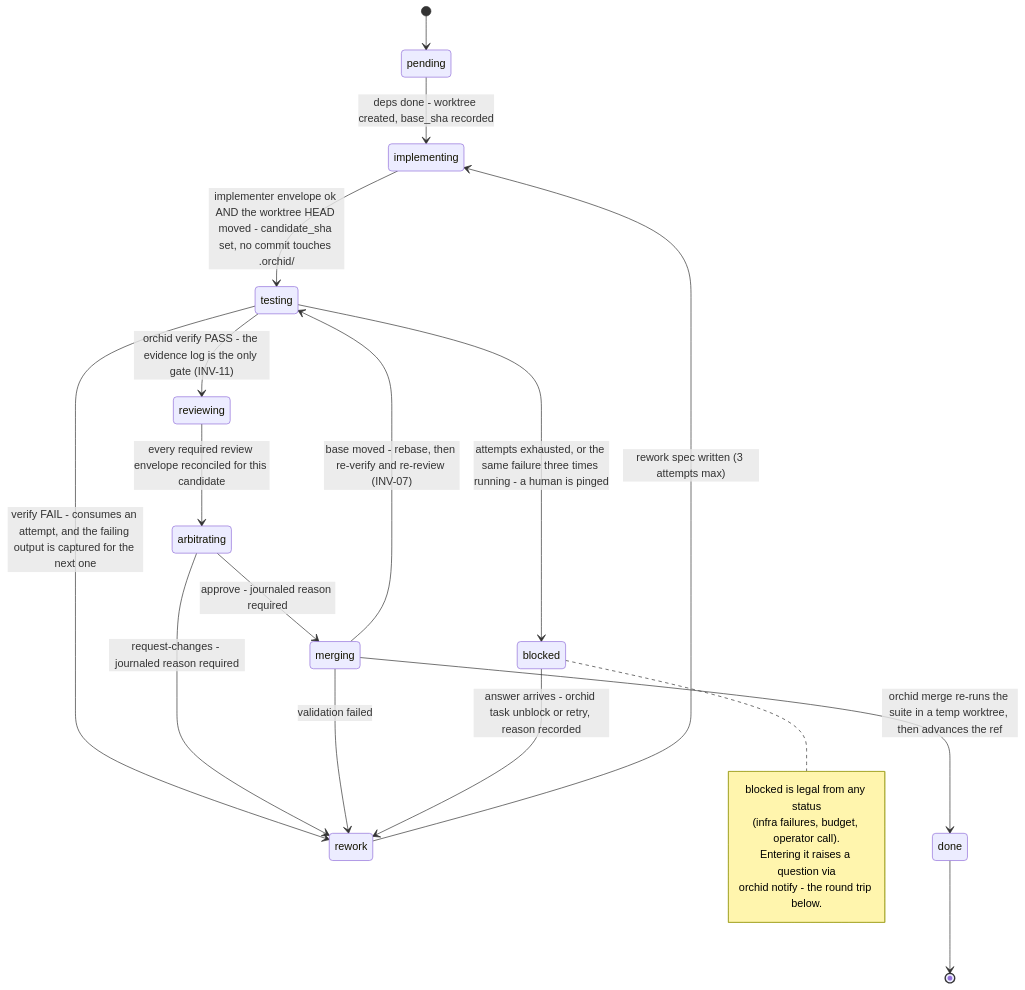
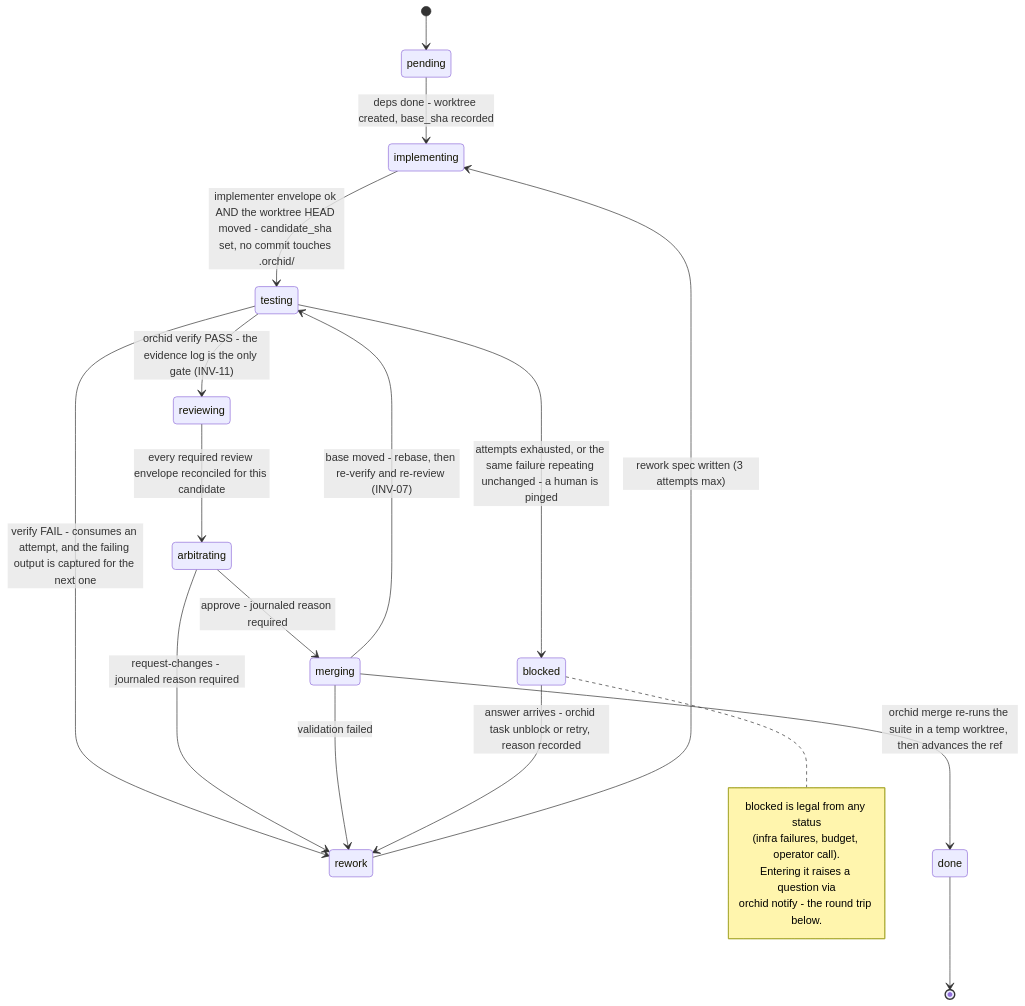
Before and after one commit to bilal-/orchid: the second of 3 diagrams in README.md, drawn with Mermaid. The commit also changed 8 other files, not shown here.

````diff
--- a/README.md
+++ b/README.md
@@ -185,24 +185,24 @@
 ```mermaid
 stateDiagram-v2
     [*] --> pending
     pending --> implementing: deps done - worktree created, base_sha recorded
     implementing --> testing: implementer envelope ok AND the worktree HEAD moved - candidate_sha set, no commit touches .orchid/
     testing --> reviewing: orchid verify PASS - the evidence log is the only gate (INV-11)
     testing --> rework: verify FAIL - consumes an attempt, and the failing output is captured for the next one
     reviewing --> arbitrating: every required review envelope reconciled for this candidate
     arbitrating --> merging: approve - journaled reason required
     arbitrating --> rework: request-changes - journaled reason required
     merging --> done: orchid merge re-runs the suite in a temp worktree, then advances the ref
     merging --> rework: validation failed
     merging --> testing: base moved - rebase, then re-verify and re-review (INV-07)
     rework --> implementing: rework spec written (3 attempts max)
-    testing --> blocked: attempts exhausted, or the same failure three times running - a human is pinged
+    testing --> blocked: attempts exhausted, or the same failure repeating unchanged - a human is pinged
     blocked --> rework: answer arrives - orchid task unblock or retry, reason recorded
     done --> [*]
     note right of blocked
         blocked is legal from any status
         (infra failures, budget, operator call).
         Entering it raises a question via
         orchid notify - the round trip below.
     end note
 ```
````
